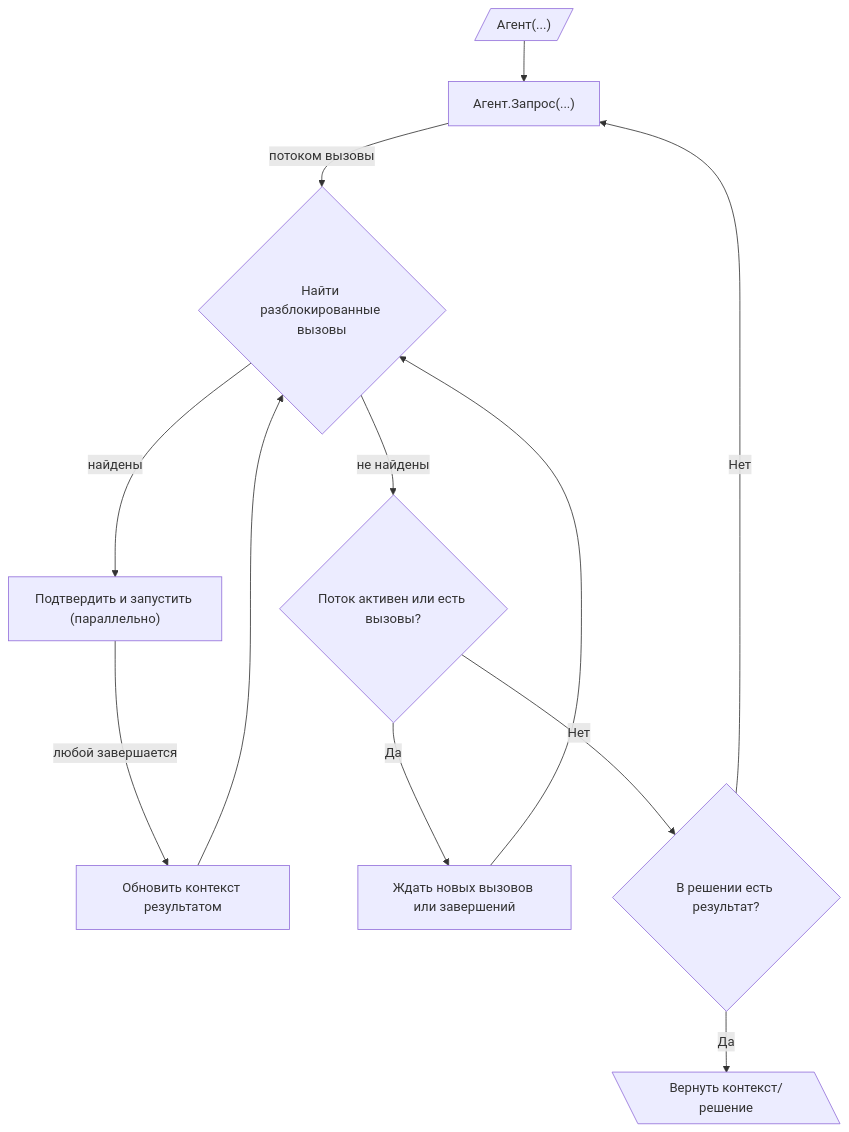
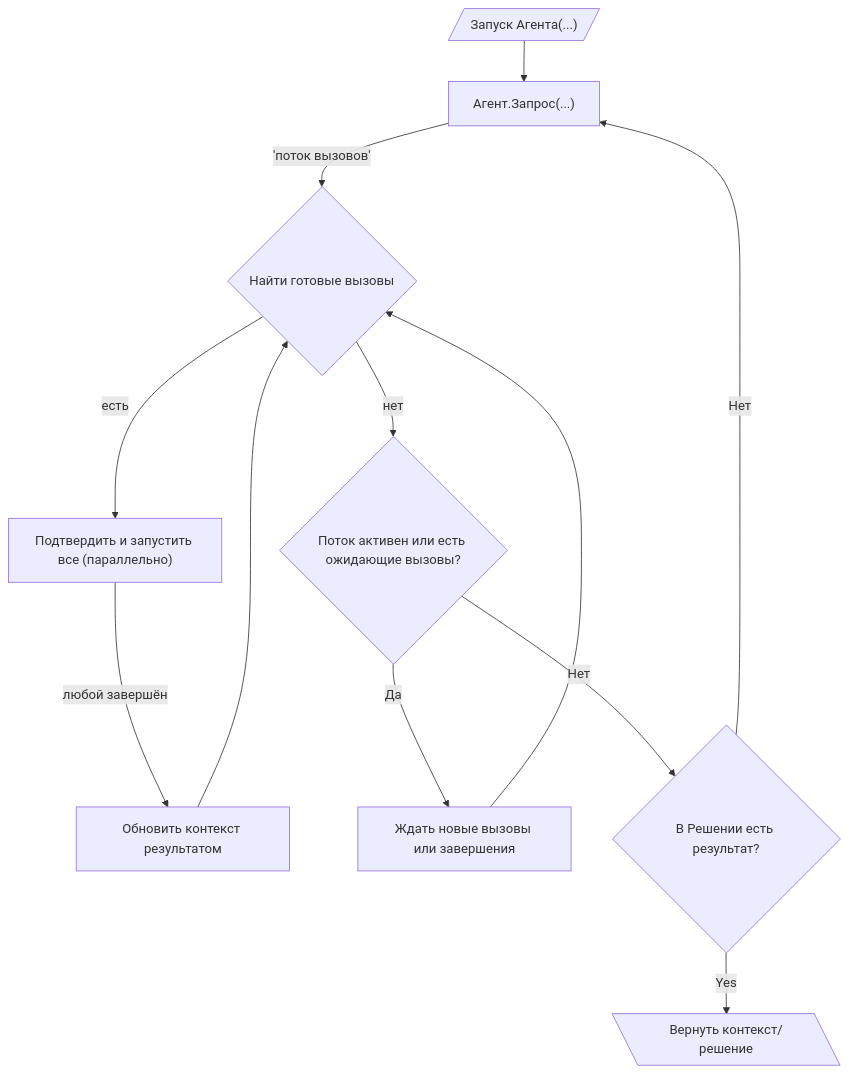
The diagram in translations/simple-ru/acts/010_agent_loop.md (idealic-ai/docs), drawn with Mermaid before and after one commit. The commit also changed other lines of this file and 3 other files, not shown here.

````diff
--- a/translations/simple-ru/acts/010_agent_loop.md
+++ b/translations/simple-ru/acts/010_agent_loop.md
@@ -39,17 +39,17 @@
 ```mermaid
 graph TD
-    Start[/"Агент(...)"/] --> Request["Агент.Запрос(...)"];
-    Request -- потоком вызовы --> FindUnblocked{"Найти разблокированные вызовы"};
+    Start[/"Запуск Агента(...)"/] --> Request["Агент.Запрос(...)"];
+    Request -- 'поток вызовов' --> FindUnblocked{"Найти готовые вызовы"};
 
-    FindUnblocked -- "найдены" --> ConfirmAndLaunch["Подтвердить и запустить (параллельно)"];
-    ConfirmAndLaunch -- "любой завершается" --> UpdateContext["Обновить контекст результатом"];
+    FindUnblocked -- "есть" --> ConfirmAndLaunch["Подтвердить и запустить все (параллельно)"];
+    ConfirmAndLaunch -- "любой завершён" --> UpdateContext["Обновить контекст результатом"];
     UpdateContext --> FindUnblocked;
 
-    FindUnblocked -- "не найдены" --> CheckStreamAndPending{"Поток активен или есть вызовы?"};
-    CheckStreamAndPending -- Да --> Wait["Ждать новых вызовов или завершений"];
+    FindUnblocked -- "нет" --> CheckStreamAndPending{"Поток активен или есть ожидающие вызовы?"};
+    CheckStreamAndPending -- Да --> Wait["Ждать новые вызовы или завершения"];
     Wait --> FindUnblocked;
 
-    CheckStreamAndPending -- Нет --> CheckTermination{"В решении есть результат?"};
+    CheckStreamAndPending -- Нет --> CheckTermination{"В Решении есть результат?"};
     CheckTermination -- Нет --> Request;
-    CheckTermination -- Да --> End[\"Вернуть контекст/решение"\];
+    CheckTermination -- Yes --> End[\"Вернуть контекст/решение"\];
 ```
````
